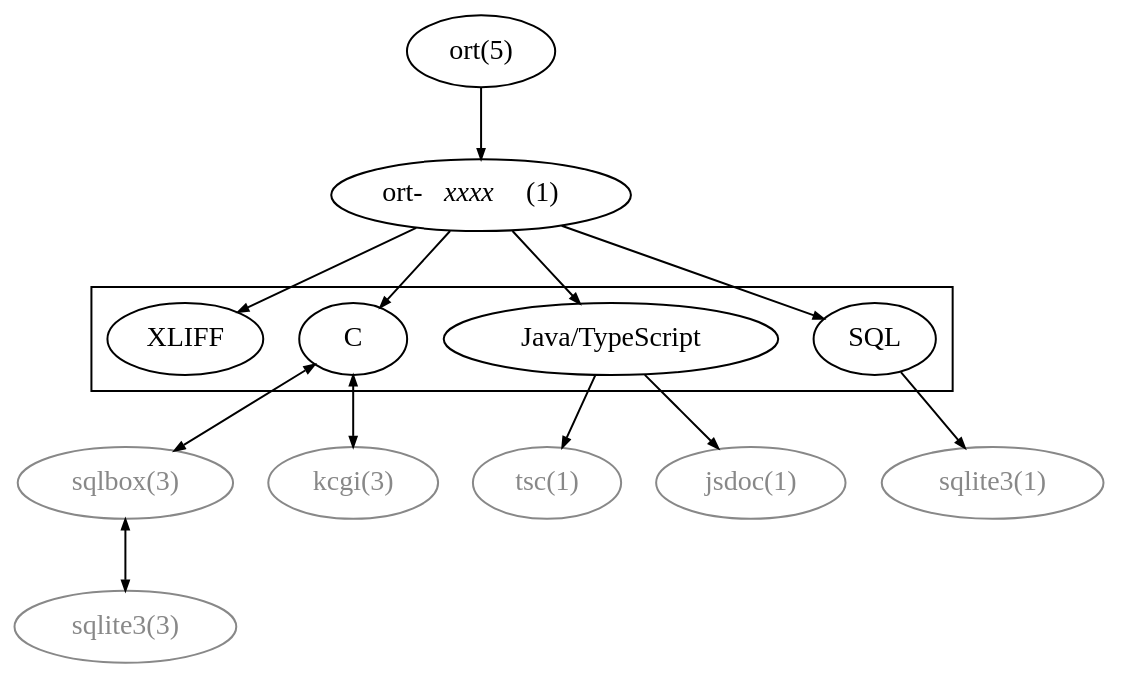
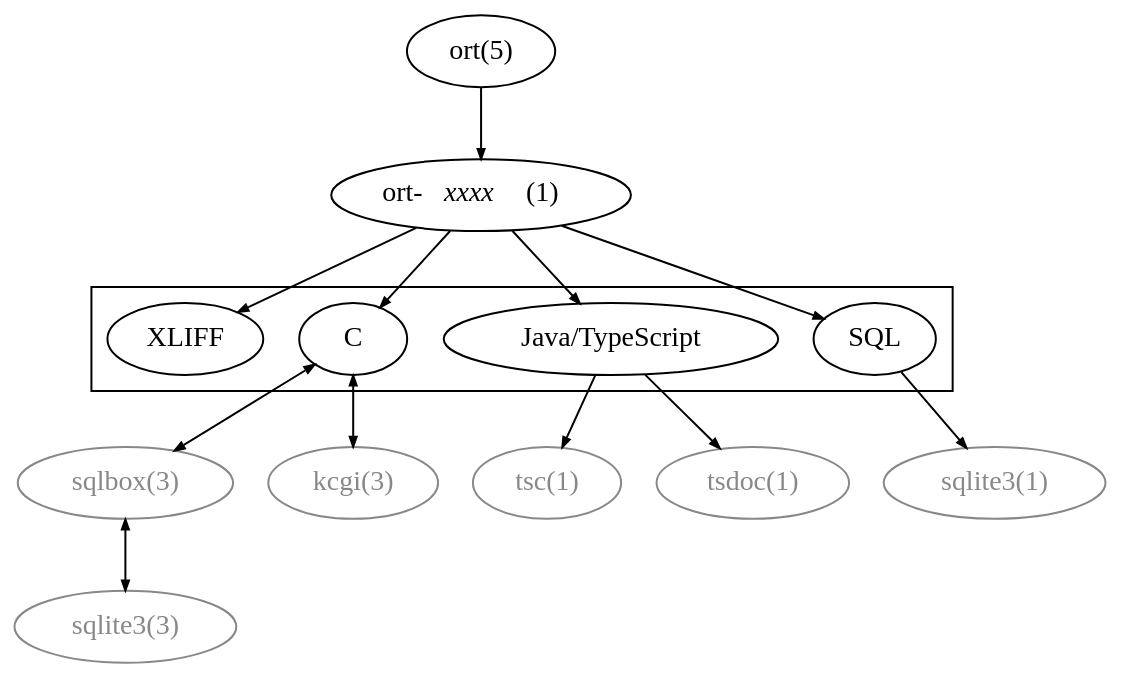
The diagram in index.dot (kristapsdz/openradtool), drawn with Graphviz before and after one commit. The commit also changed 4 other files, not shown here.

```diff
--- a/index.dot
+++ b/index.dot
@@ -1,43 +1,43 @@
 digraph {
 	edge [arrowsize="0.5";];
 	bgcolor="transparent";
 	splines=false;
 
 	cfg[label="ort(5)"];
 	bin[label=< ort-<I>xxxx</I>&nbsp;&nbsp;(1) >];
 
 	{ rank=same; cfg; }
 	{ rank=same; bin; }
 
 	subgraph cluster0 {
 		{ rank=same; src; js; sql; }
 		src[label="C"];
 		js[label="Java/TypeScript"];
 		sql[label="SQL"];
 		xliff[label="XLIFF"];
 	}
 	cfg -> bin;
 	bin -> src;
 	bin -> js;
 	bin -> sql;
 	bin -> xliff;
 
-	{ rank=same; sqlbox; kcgi; sqlite1; tsc; jsdoc; }
+	{ rank=same; sqlbox; kcgi; sqlite1; tsc; tsdoc; }
 	{ rank=same; sqlite; }
 
 	sqlite1[label="sqlite3(1)", fontcolor="#888888", color="#888888"];
 	tsc[label="tsc(1)", fontcolor="#888888", color="#888888"];
-	jsdoc[label="jsdoc(1)", fontcolor="#888888", color="#888888"];
+	tsdoc[label="tsdoc(1)", fontcolor="#888888", color="#888888"];
 	kcgi[label="kcgi(3)", fontcolor="#888888", color="#888888"];
 	sqlbox[label="sqlbox(3)", fontcolor="#888888", color="#888888"];
 	sqlite[label="sqlite3(3)", fontcolor="#888888", color="#888888"];
 
 	sql -> sqlite1;
 
 	js -> tsc;
-	js -> jsdoc;
+	js -> tsdoc;
 
 	src -> sqlbox[dir="both"];
 	src -> kcgi[dir="both"];
 	sqlbox -> sqlite[dir="both"];
 }
```
